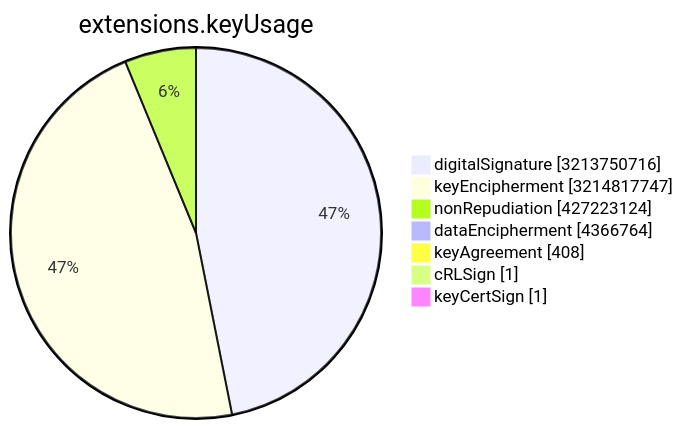
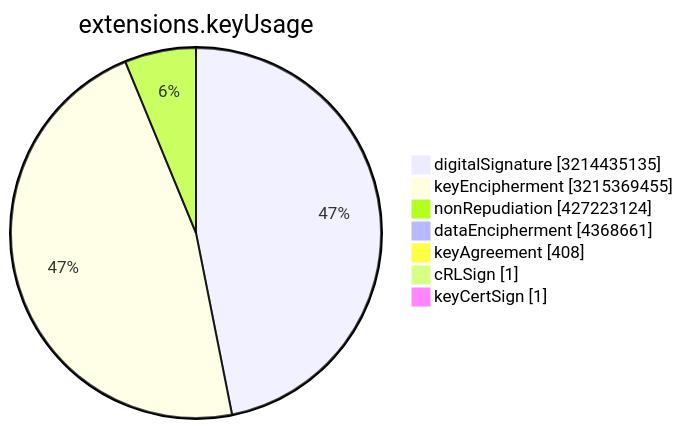
One commit to christiankrug/ctmonitor_visualization changed the sixth of 15 diagrams in TOTAL/README.md. Above: the diagram before and after it, drawn with Mermaid. The commit also changed other lines of this file, not shown here.

````diff
--- a/TOTAL/README.md
+++ b/TOTAL/README.md
@@ -3077,11 +3077,11 @@
 ```mermaid
 pie showData
 title extensions.keyUsage
-"digitalSignature" :3213750716
-"keyEncipherment" :3214817747
+"digitalSignature" :3214435135
+"keyEncipherment" :3215369455
 "nonRepudiation" :427223124
-"dataEncipherment" :4366764
+"dataEncipherment" :4368661
 "keyAgreement" :408
 "cRLSign" :1
 "keyCertSign" :1
 ```
````
